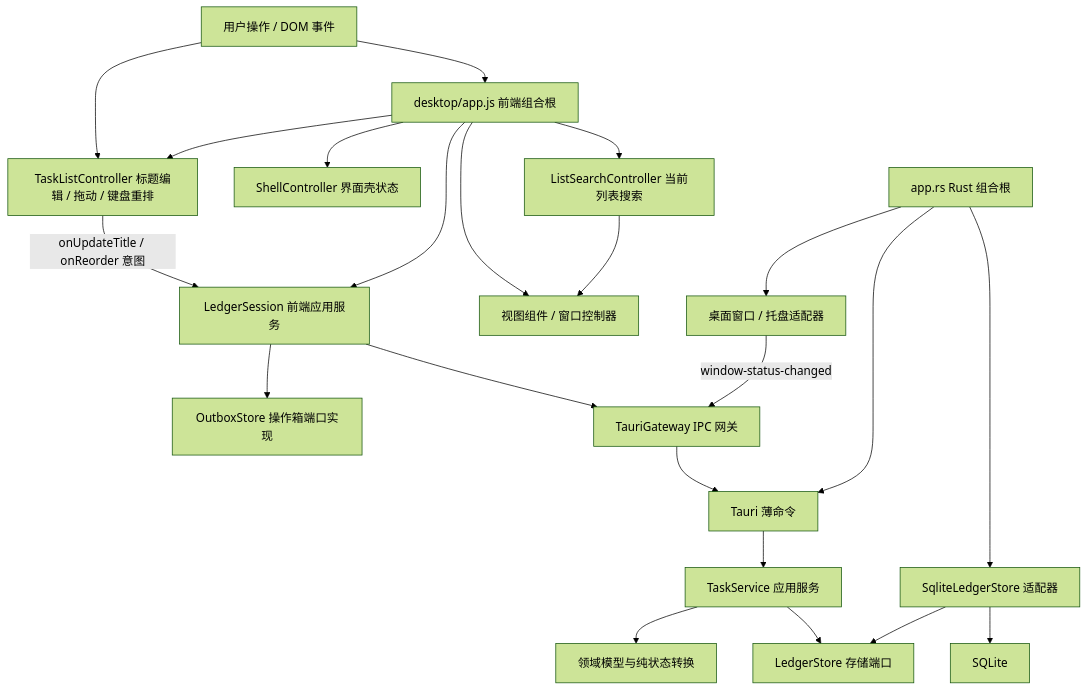
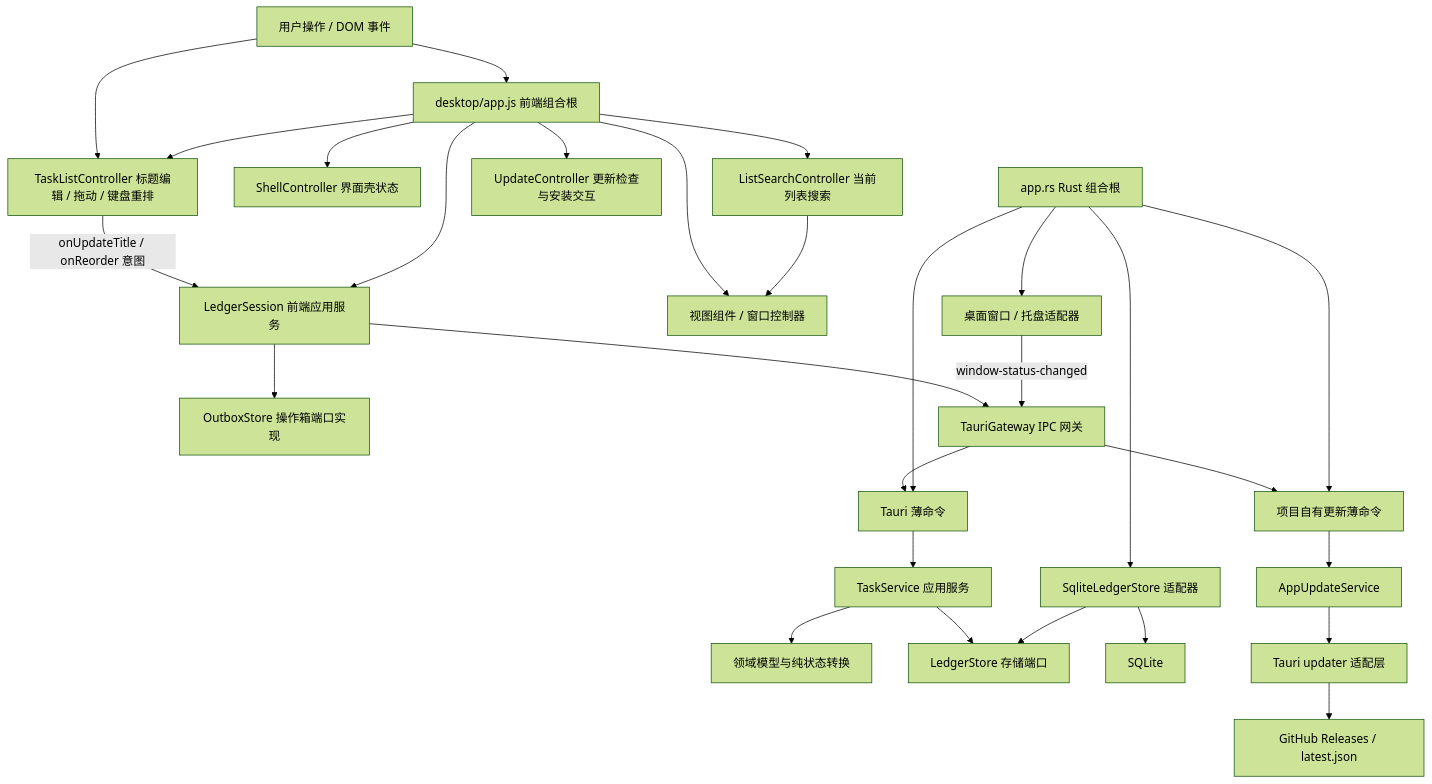
The diagram in docs/代码架构与模块边界-v0.1.md (mhdfy1988/todo), drawn with Mermaid (forest theme) before and after one commit. The commit also changed other lines of this file and 27 other files, not shown here.

````diff
--- a/docs/代码架构与模块边界-v0.1.md
+++ b/docs/代码架构与模块边界-v0.1.md
@@ -82,24 +90,30 @@
 ```mermaid
 flowchart TD
     UI["用户操作 / DOM 事件"] --> FE["desktop/app.js 前端组合根"]
     UI --> LIST["TaskListController 标题编辑 / 拖动 / 键盘重排"]
     FE --> LIST
     LIST -->|"onUpdateTitle / onReorder 意图"| SESSION
     FE --> SESSION["LedgerSession 前端应用服务"]
     FE --> VIEW["视图组件 / 窗口控制器"]
     FE --> SHELL["ShellController 界面壳状态"]
     FE --> SEARCH["ListSearchController 当前列表搜索"]
+    FE --> UPDATE["UpdateController 更新检查与安装交互"]
     SEARCH --> VIEW
     SESSION --> OUTBOX["OutboxStore 操作箱端口实现"]
     SESSION --> GATEWAY["TauriGateway IPC 网关"]
     GATEWAY --> COMMANDS["Tauri 薄命令"]
+    GATEWAY --> UPDATE_COMMANDS["项目自有更新薄命令"]
     COMMANDS --> SERVICE["TaskService 应用服务"]
     SERVICE --> DOMAIN["领域模型与纯状态转换"]
     SERVICE --> PORT["LedgerStore 存储端口"]
     SQLITE["SqliteLedgerStore 适配器"] --> PORT
     SQLITE --> DB["SQLite"]
     APP["app.rs Rust 组合根"] --> COMMANDS
+    APP --> UPDATE_COMMANDS
+    UPDATE_COMMANDS --> UPDATE_SERVICE["AppUpdateService"]
+    UPDATE_SERVICE --> UPDATER["Tauri updater 适配层"]
+    UPDATER --> RELEASES["GitHub Releases / latest.json"]
     APP --> SQLITE
     APP --> DESKTOP["桌面窗口 / 托盘适配器"]
     DESKTOP -->|"window-status-changed"| GATEWAY
 ```
````
